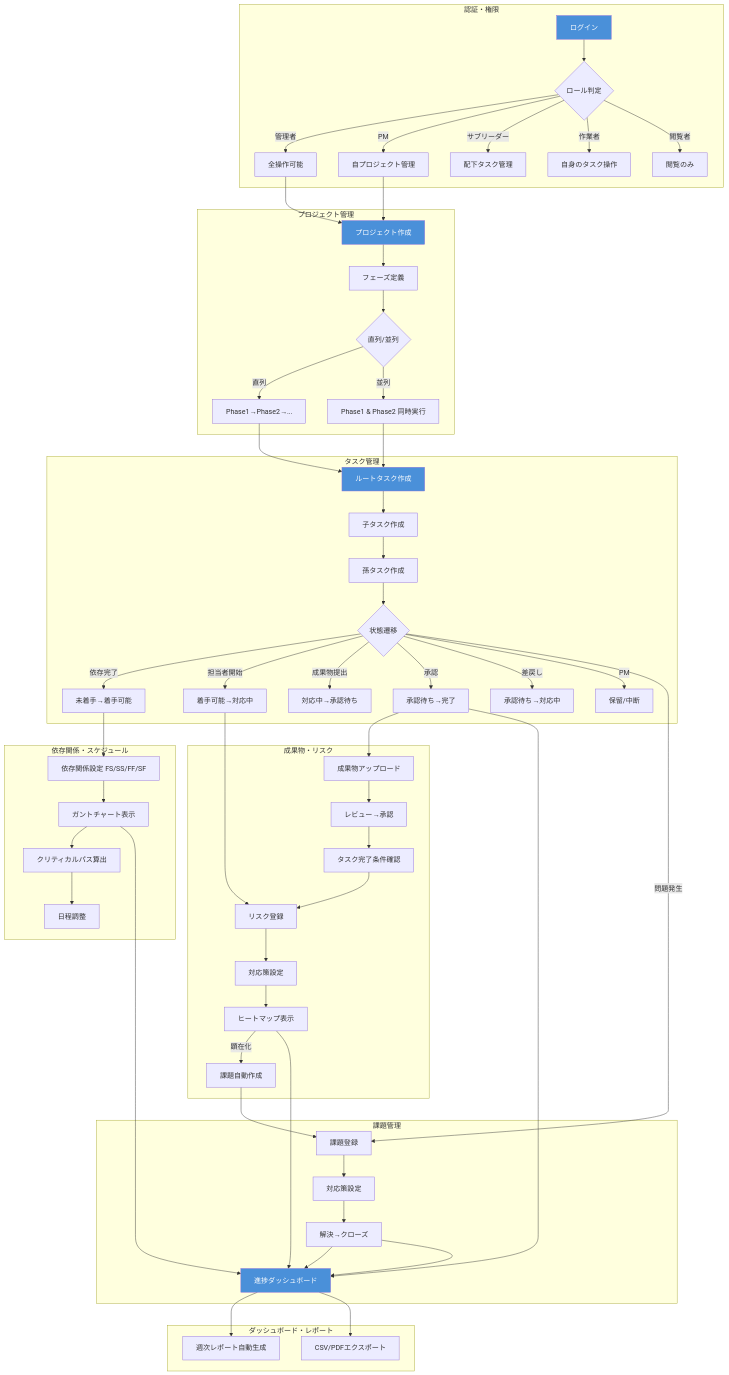
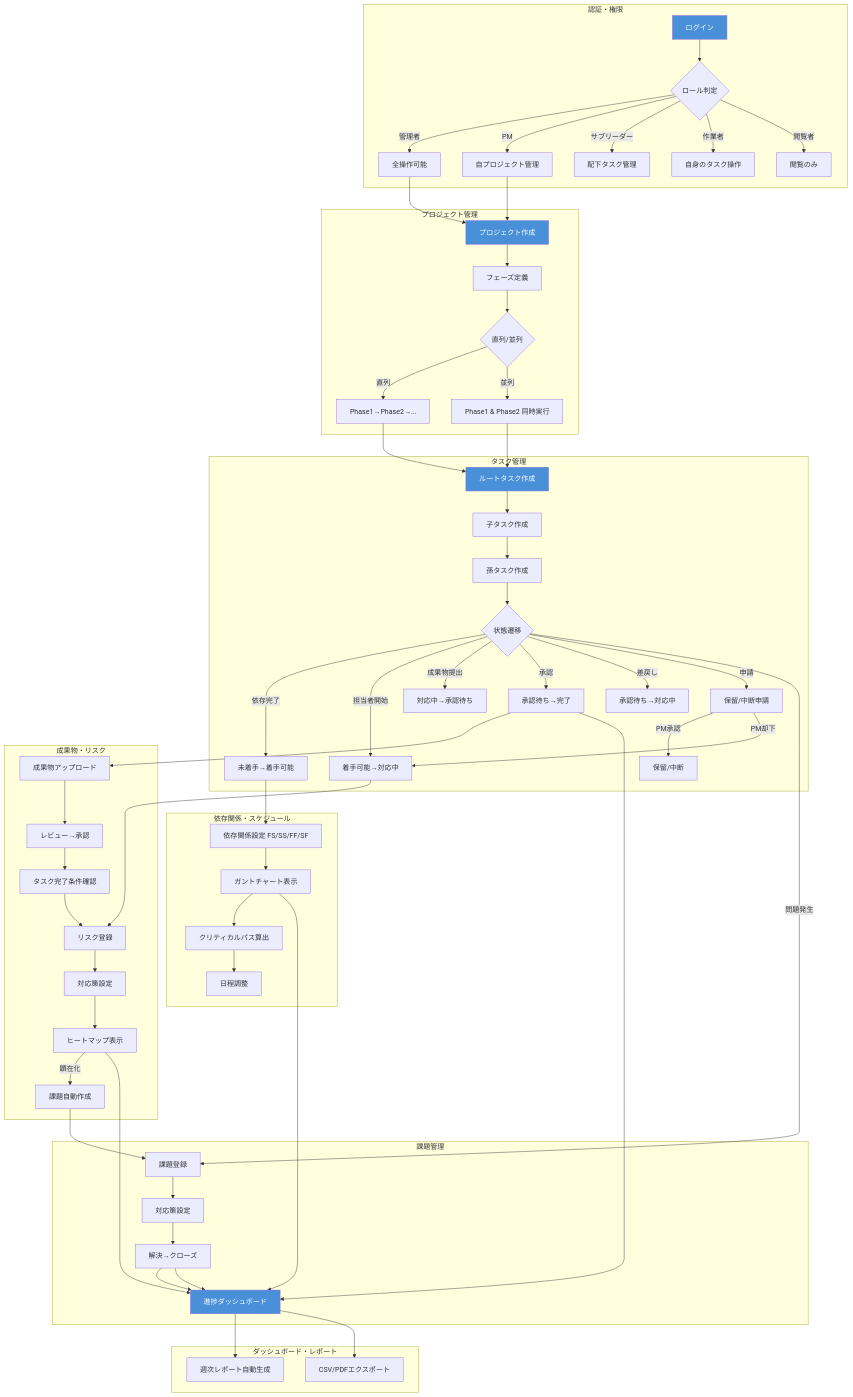
The diagram in docs/system-flow.md (lclnote/pdm), drawn with Mermaid before and after one commit. The commit also changed 1 other file, not shown here.

Commit message:
Add: 申請機能（保留/中断/ゲート通過は申請→PM承認フロー）

````diff
--- a/docs/system-flow.md
+++ b/docs/system-flow.md
@@ -3,74 +3,76 @@
 ```mermaid
 graph TB
   subgraph "認証・権限"
     A[ログイン] --> B{ロール判定}
     B -->|管理者| C[全操作可能]
     B -->|PM| D[自プロジェクト管理]
     B -->|サブリーダー| E[配下タスク管理]
     B -->|作業者| F[自身のタスク操作]
     B -->|閲覧者| G[閲覧のみ]
   end
 
   subgraph "プロジェクト管理"
     C --> H[プロジェクト作成]
     D --> H
     H --> I[フェーズ定義]
     I --> J{直列/並列}
     J -->|直列| K[Phase1→Phase2→...]
     J -->|並列| L[Phase1 & Phase2 同時実行]
   end
 
   subgraph "タスク管理"
     K --> M[ルートタスク作成]
     L --> M
     M --> N[子タスク作成]
     N --> O[孫タスク作成]
     O --> P{状態遷移}
     P -->|依存完了| Q[未着手→着手可能]
     P -->|担当者開始| R1[着手可能→対応中]
     P -->|成果物提出| W1[対応中→承認待ち]
     P -->|承認| S1[承認待ち→完了]
     P -->|差戻し| W2[承認待ち→対応中]
-    P -->|PM| T[保留/中断]
+    P -->|申請| RQ[保留/中断申請]
+    RQ -->|PM承認| T[保留/中断]
+    RQ -->|PM却下| R1
   end
 
   subgraph "依存関係・スケジュール"
     Q --> U[依存関係設定 FS/SS/FF/SF]
     U --> V[ガントチャート表示]
     V --> X[クリティカルパス算出]
     X --> Y[日程調整]
   end
 
   subgraph "成果物・リスク"
     S1 --> Z[成果物アップロード]
     Z --> Z1[レビュー→承認]
     Z1 --> Z2[タスク完了条件確認]
     R1 --> RA[リスク登録]
     Z2 --> RA
     RA --> RB[対応策設定]
     RB --> RC[ヒートマップ表示]
     RC -->|顕在化| IS[課題自動作成]
   end
 
   subgraph "課題管理"
     IS --> I2[課題登録]
     P -->|問題発生| I2
     I2 --> I3[対応策設定]
     I3 --> I4[解決→クローズ]
     I4 --> DB
   end
 
   subgraph "ダッシュボード・レポート"
     V --> DB[進捗ダッシュボード]
     S1 --> DB
     RC --> DB
     I4 --> DB
     DB --> RE[週次レポート自動生成]
     DB --> EX[CSV/PDFエクスポート]
   end
 
   style A fill:#4a90d9,color:#fff
   style H fill:#4a90d9,color:#fff
   style M fill:#4a90d9,color:#fff
   style DB fill:#4a90d9,color:#fff
 ```
````
